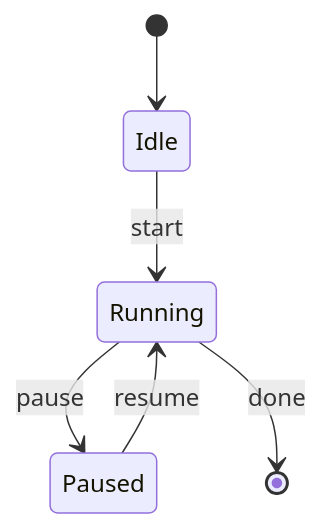
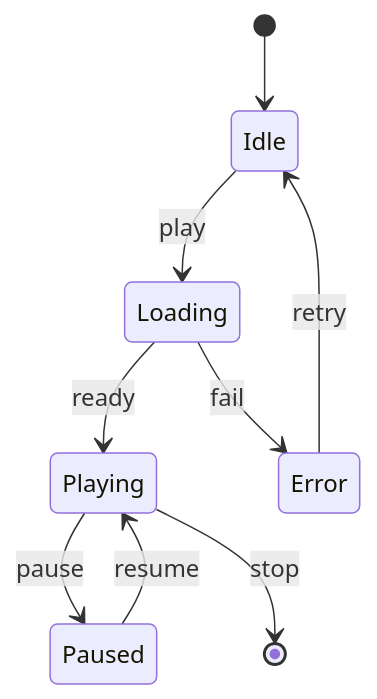
Before and after one commit to dkdev24/pele-animate: the third of 11 diagrams in docs/diagram-types.md, drawn with Mermaid. The commit also changed other lines of this file and 2 other files, not shown here.

First line of the commit message:
docs: richer diagram-type examples with story pins; journey steps at narrow widths

````diff
--- a/docs/diagram-types.md
+++ b/docs/diagram-types.md
@@ -85,9 +97,12 @@
 ```mermaid live
 stateDiagram-v2
-  %% pa: 1=root_start 2=Idle 3=Running 4=Paused 5=root_end
+  %% pa: 1=root_start 2=Idle 3=Loading 4=Playing 5=Paused 6=Error 7=root_end
   [*] --> Idle
-  Idle --> Running: start
-  Running --> Paused: pause
-  Paused --> Running: resume
-  Running --> [*]: done
+  Idle --> Loading: play
+  Loading --> Playing: ready
+  Playing --> Paused: pause
+  Paused --> Playing: resume
+  Loading --> Error: fail
+  Error --> Idle: retry
+  Playing --> [*]: stop
 ```
````
